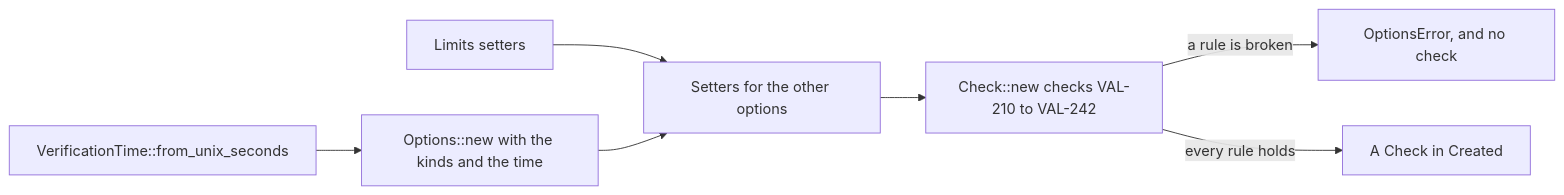
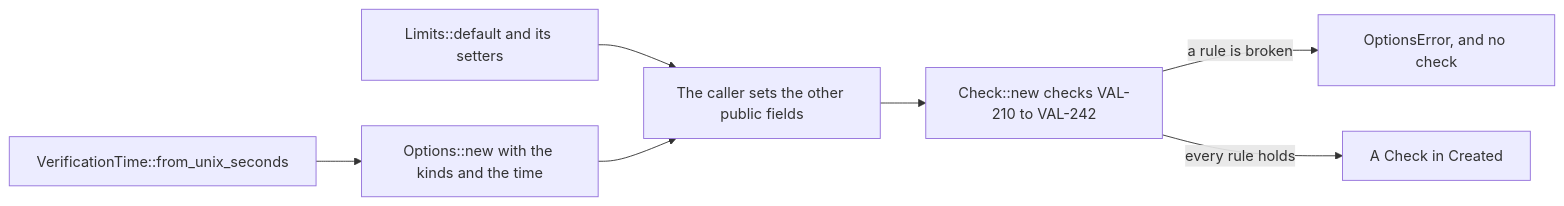
One commit to photom/hallmark changed the diagram in docs/reference/api/options.md. Above: the diagram before and after it, drawn with Mermaid. The commit also changed other lines of this file and 3 other files, not shown here.

First line of the commit message:
API reference: signatures and types for Check, Options and DNS

````diff
--- a/docs/reference/api/options.md
+++ b/docs/reference/api/options.md
@@ -20,9 +29,9 @@
 ```mermaid
 flowchart LR
     time["VerificationTime::from_unix_seconds"] --> new["Options::new with the kinds and the time"]
-    limits["Limits setters"] --> set["Setters for the other options"]
-    new --> set
-    set --> check["Check::new checks VAL-210 to VAL-242"]
+    limits["Limits::default and its setters"] --> fields["The caller sets the other public fields"]
+    new --> fields
+    fields --> check["Check::new checks VAL-210 to VAL-242"]
     check -->|"a rule is broken"| err["OptionsError, and no check"]
     check -->|"every rule holds"| created["A Check in Created"]
 ```
````
